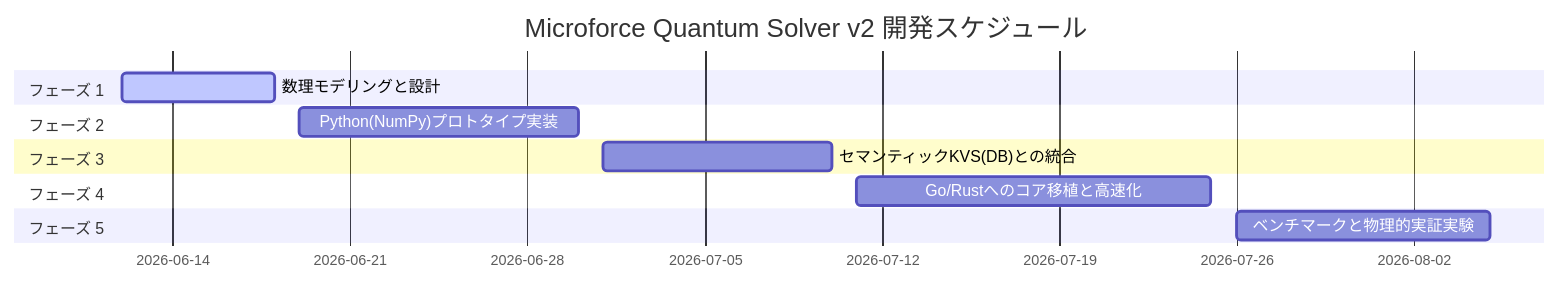
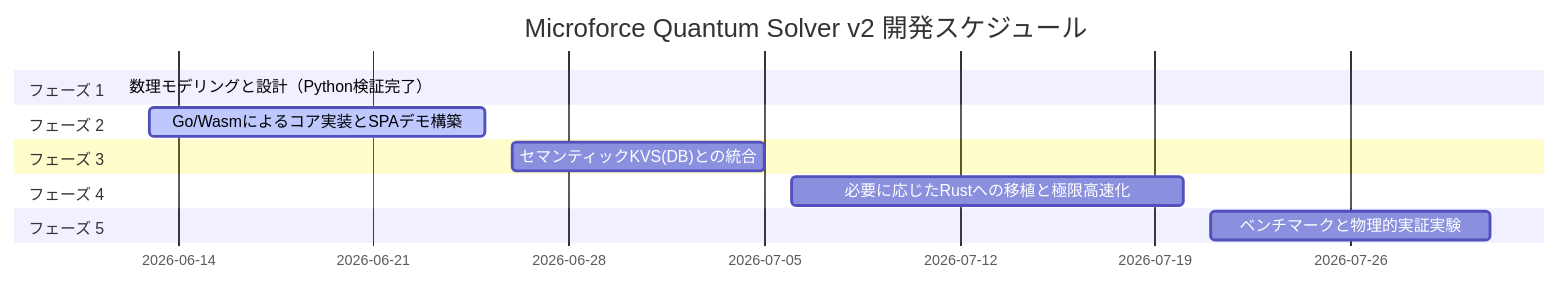
One commit to 2423gen-stack/microforce-quantum-solver changed the diagram in roadmap.md. Above: the diagram before and after it, drawn with Mermaid. The commit also changed other lines of this file and 1 other file, not shown here.

````diff
--- a/roadmap.md
+++ b/roadmap.md
@@ -9,15 +9,15 @@
 ```mermaid
 gantt
     title Microforce Quantum Solver v2 開発スケジュール
     dateFormat  YYYY-MM-DD
     section フェーズ 1
-    数理モデリングと設計           :active, des1, 2026-06-12, 2026-06-18
+    数理モデリングと設計（Python検証完了）:done, des1, 2026-06-12, 2026-06-12
     section フェーズ 2
-    Python(NumPy)プロトタイプ実装 : des2, 2026-06-19, 2026-06-30
+    Go/Wasmによるコア実装とSPAデモ構築     :active, des2, 2026-06-13, 2026-06-25
     section フェーズ 3
-    セマンティックKVS(DB)との統合 : des3, 2026-07-01, 2026-07-10
+    セマンティックKVS(DB)との統合          : des3, 2026-06-26, 2026-07-05
     section フェーズ 4
-    Go/Rustへのコア移植と高速化  : des4, 2026-07-11, 2026-07-25
+    必要に応じたRustへの移植と極限高速化  : des4, 2026-07-06, 2026-07-20
     section フェーズ 5
-    ベンチマークと物理的実証実験   : des5, 2026-07-26, 2026-08-05
+    ベンチマークと物理的実証実験            : des5, 2026-07-21, 2026-07-31
 ```
````
